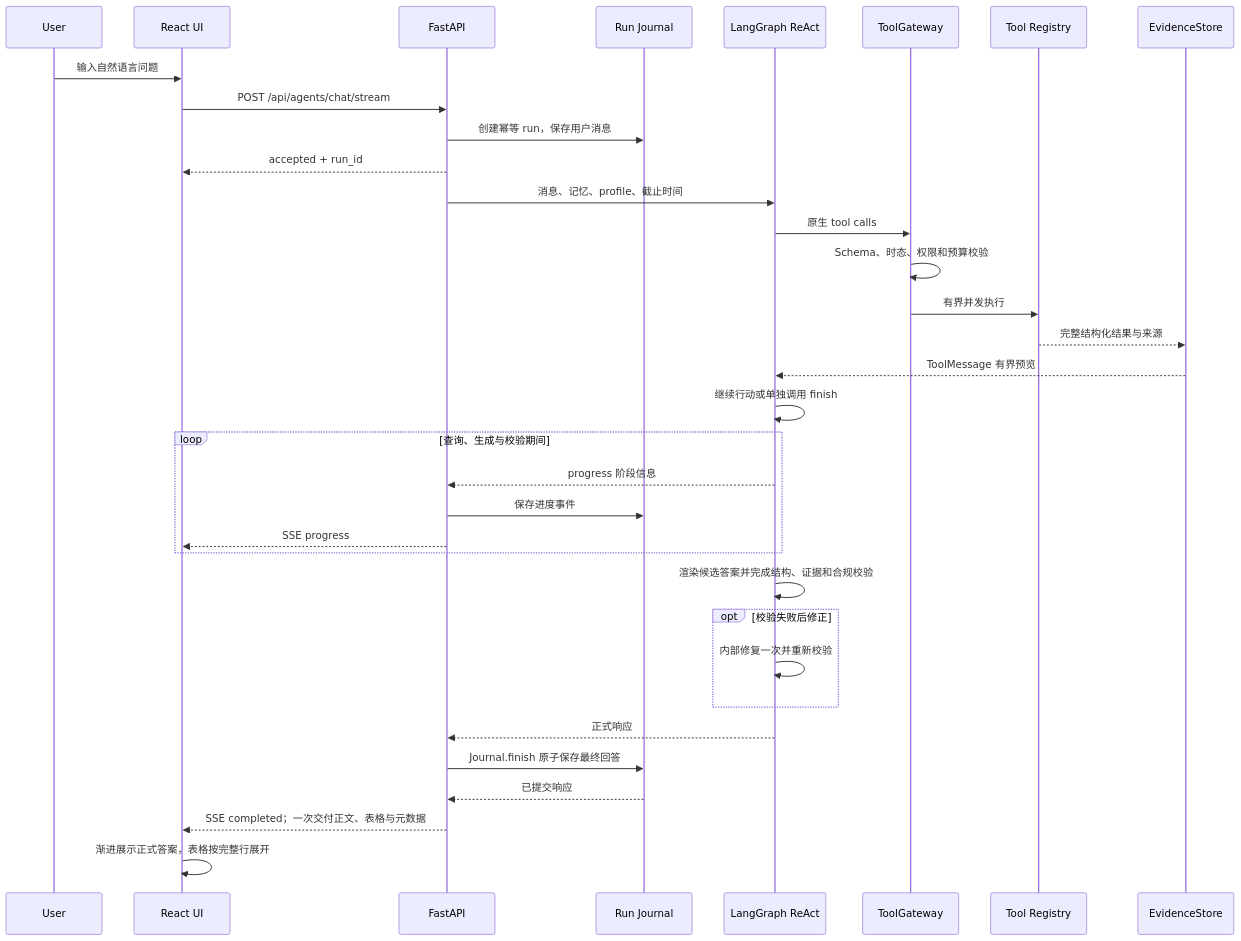
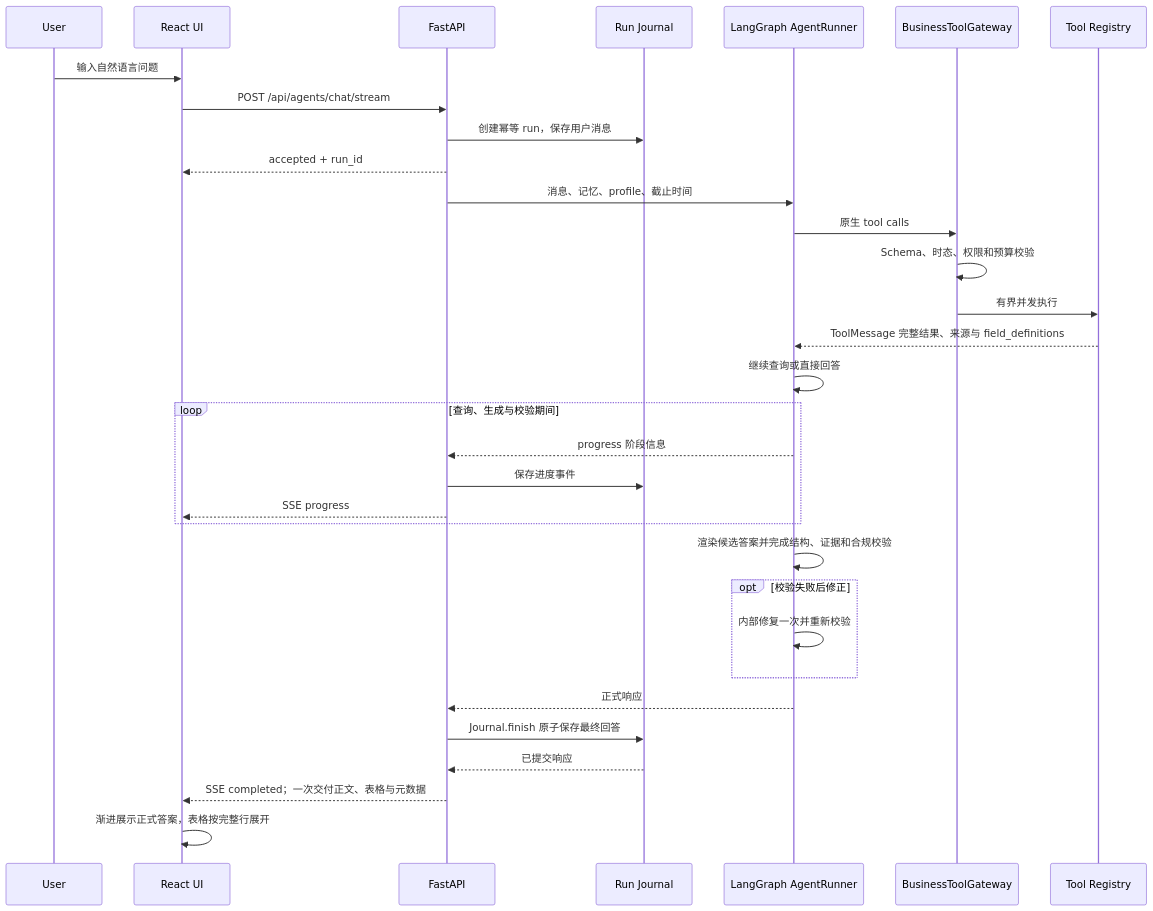
Before and after one commit to bibofu/LimitUpLab: the second of 2 diagrams in README.md, drawn with Mermaid. The commit also changed other lines of this file and 37 other files, not shown here.

First line of the commit message:
docs(ui): remove answer-quality workspace and update architecture docs

````diff
--- a/README.md
+++ b/README.md
@@ -173,37 +169,35 @@
 ```mermaid
 sequenceDiagram
     participant User
     participant UI as React UI
     participant API as FastAPI
     participant Journal as Run Journal
-    participant Graph as LangGraph ReAct
-    participant Gateway as ToolGateway
+    participant Graph as LangGraph AgentRunner
+    participant Gateway as BusinessToolGateway
     participant Tools as Tool Registry
-    participant Evidence as EvidenceStore
 
     User->>UI: 输入自然语言问题
     UI->>API: POST /api/agents/chat/stream
     API->>Journal: 创建幂等 run，保存用户消息
     API-->>UI: accepted + run_id
     API->>Graph: 消息、记忆、profile、截止时间
     Graph->>Gateway: 原生 tool calls
     Gateway->>Gateway: Schema、时态、权限和预算校验
     Gateway->>Tools: 有界并发执行
-    Tools-->>Evidence: 完整结构化结果与来源
-    Evidence-->>Graph: ToolMessage 有界预览
-    Graph->>Graph: 继续行动或单独调用 finish
+    Tools-->>Graph: ToolMessage 完整结果、来源与 field_definitions
+    Graph->>Graph: 继续查询或直接回答
     loop 查询、生成与校验期间
         Graph-->>API: progress 阶段信息
         API->>Journal: 保存进度事件
         API-->>UI: SSE progress
     end
     Graph->>Graph: 渲染候选答案并完成结构、证据和合规校验
     opt 校验失败后修正
         Graph->>Graph: 内部修复一次并重新校验
     end
     Graph-->>API: 正式响应
     API->>Journal: Journal.finish 原子保存最终回答
     Journal-->>API: 已提交响应
     API-->>UI: SSE completed；一次交付正文、表格与元数据
     UI->>UI: 渐进展示正式答案，表格按完整行展开
 ```
````
